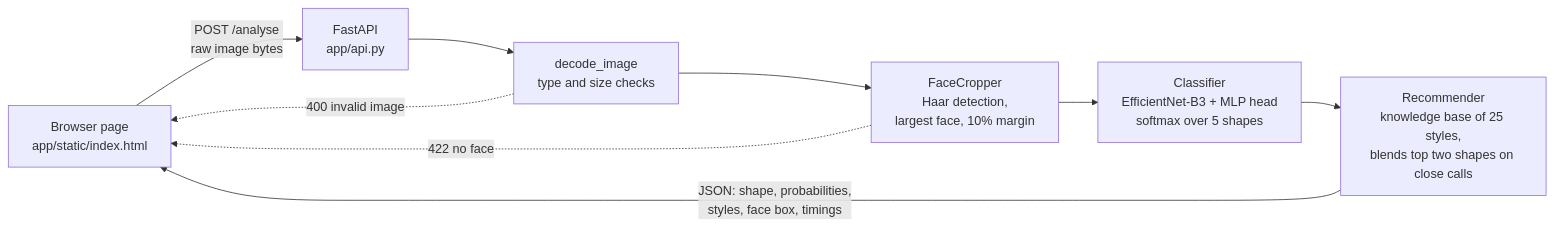
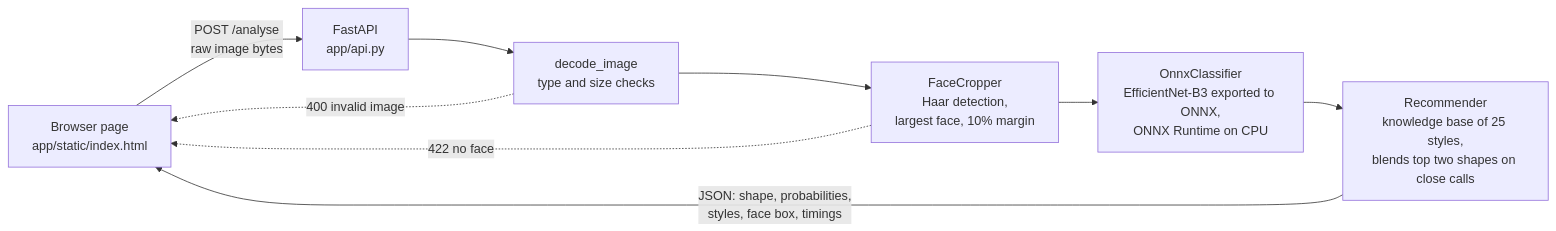
Before and after one commit to ZIADAYMAN81/hairify: the first of 2 diagrams in docs/architecture.md, drawn with Mermaid. The commit also changed other lines of this file and 27 other files, not shown here.

Commit message:
Serve with ONNX Runtime (12 ms per image on CPU, 941 MB image); complete ablation with paired tests; rewrite README with verified results

````diff
--- a/docs/architecture.md
+++ b/docs/architecture.md
@@ -5,11 +5,11 @@
 ```mermaid
 flowchart LR
     U[Browser page<br/>app/static/index.html] -- "POST /analyse<br/>raw image bytes" --> A[FastAPI<br/>app/api.py]
     A --> V[decode_image<br/>type and size checks]
     V --> D[FaceCropper<br/>Haar detection,<br/>largest face, 10% margin]
-    D --> M[Classifier<br/>EfficientNet-B3 + MLP head<br/>softmax over 5 shapes]
+    D --> M[OnnxClassifier<br/>EfficientNet-B3 exported to ONNX,<br/>ONNX Runtime on CPU]
     M --> R[Recommender<br/>knowledge base of 25 styles,<br/>blends top two shapes on close calls]
     R -- "JSON: shape, probabilities,<br/>styles, face box, timings" --> U
     V -. "400 invalid image" .-> U
     D -. "422 no face" .-> U
 ```
````
